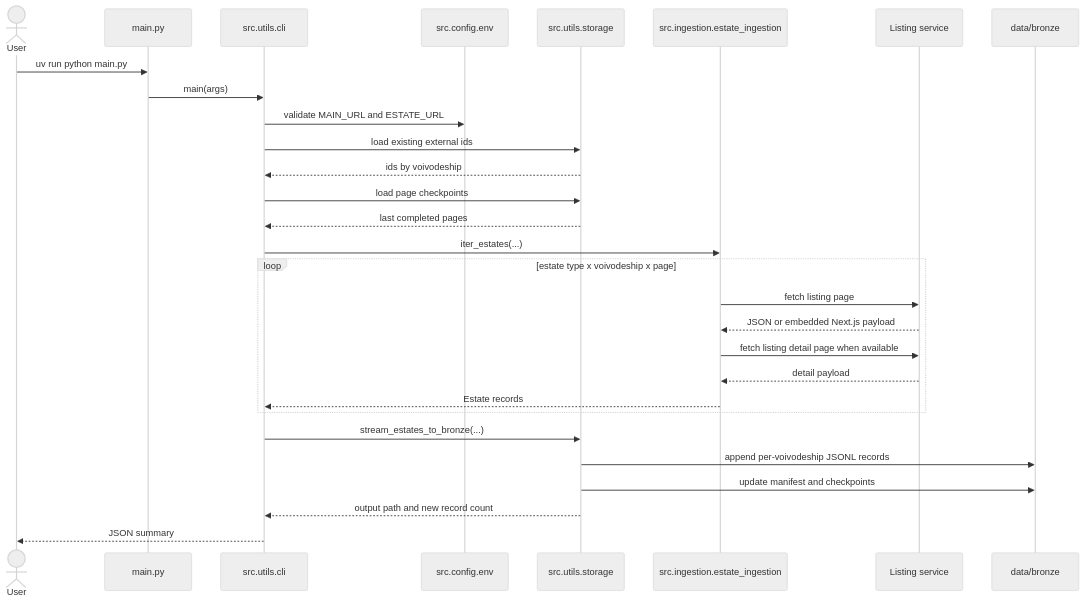
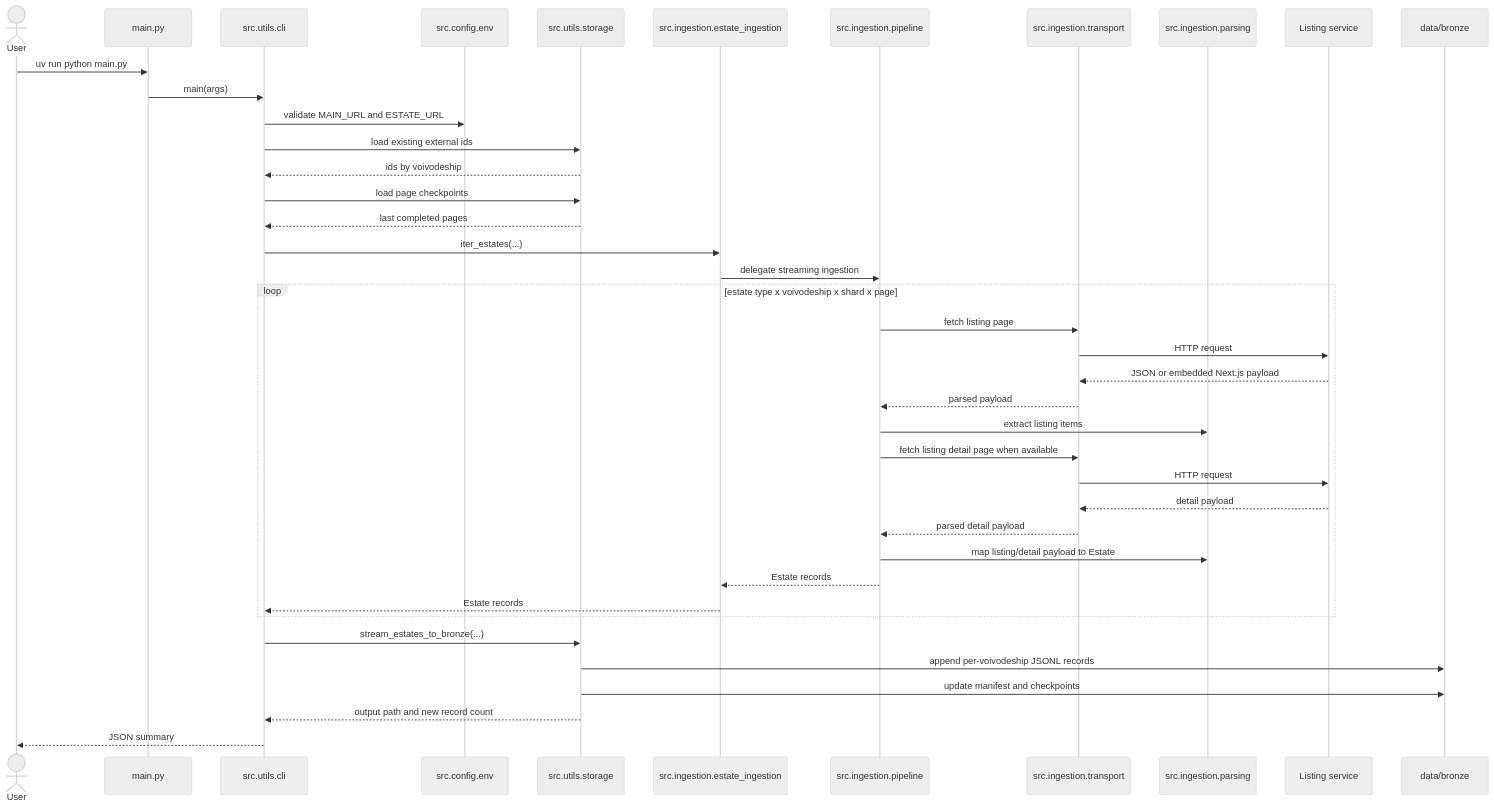
One commit to bi3lu/polish-real-estate-price-aggregates changed the diagram in docs/ingestion-sequence.md. Above: the diagram before and after it, drawn with Mermaid (neutral theme). The commit also changed other lines of this file and 27 other files, not shown here.

````diff
--- a/docs/ingestion-sequence.md
+++ b/docs/ingestion-sequence.md
@@ -3,34 +3,45 @@
 ```mermaid
 sequenceDiagram
     actor User
     participant Main as main.py
     participant CLI as src.utils.cli
     participant Env as src.config.env
     participant Store as src.utils.storage
-    participant Ingestion as src.ingestion.estate_ingestion
+    participant Facade as src.ingestion.estate_ingestion
+    participant Pipeline as src.ingestion.pipeline
+    participant Transport as src.ingestion.transport
+    participant Parsing as src.ingestion.parsing
     participant Source as Listing service
     participant Bronze as data/bronze
 
     User->>Main: uv run python main.py
     Main->>CLI: main(args)
     CLI->>Env: validate MAIN_URL and ESTATE_URL
     CLI->>Store: load existing external ids
     Store-->>CLI: ids by voivodeship
     CLI->>Store: load page checkpoints
     Store-->>CLI: last completed pages
-    CLI->>Ingestion: iter_estates(...)
+    CLI->>Facade: iter_estates(...)
+    Facade->>Pipeline: delegate streaming ingestion
 
-    loop estate type x voivodeship x page
-        Ingestion->>Source: fetch listing page
-        Source-->>Ingestion: JSON or embedded Next.js payload
-        Ingestion->>Source: fetch listing detail page when available
-        Source-->>Ingestion: detail payload
-        Ingestion-->>CLI: Estate records
+    loop estate type x voivodeship x shard x page
+        Pipeline->>Transport: fetch listing page
+        Transport->>Source: HTTP request
+        Source-->>Transport: JSON or embedded Next.js payload
+        Transport-->>Pipeline: parsed payload
+        Pipeline->>Parsing: extract listing items
+        Pipeline->>Transport: fetch listing detail page when available
+        Transport->>Source: HTTP request
+        Source-->>Transport: detail payload
+        Transport-->>Pipeline: parsed detail payload
+        Pipeline->>Parsing: map listing/detail payload to Estate
+        Pipeline-->>Facade: Estate records
+        Facade-->>CLI: Estate records
     end
 
     CLI->>Store: stream_estates_to_bronze(...)
     Store->>Bronze: append per-voivodeship JSONL records
     Store->>Bronze: update manifest and checkpoints
     Store-->>CLI: output path and new record count
     CLI-->>User: JSON summary
 ```
````
